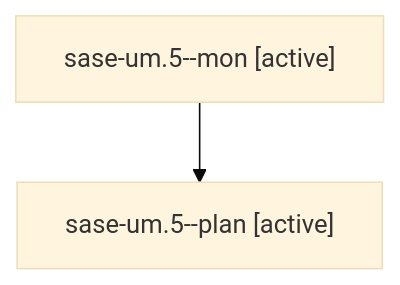
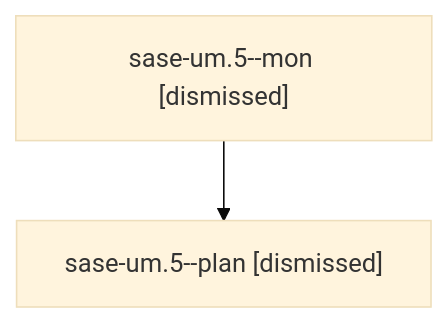
One commit to sase-org/sase--agents changed the diagram in sessions/bbugyi200.athena.sase-um.5.md. Above: the diagram before and after it, drawn with Mermaid (base theme). The commit also changed other lines of this file and 240 other files, not shown here.

````diff
--- a/sessions/bbugyi200.athena.sase-um.5.md
+++ b/sessions/bbugyi200.athena.sase-um.5.md
@@ -9,6 +9,6 @@
 ```mermaid
 flowchart TD
-  n0["sase-um.5--mon [active]"]
-  n1["sase-um.5--plan [active]"]
+  n0["sase-um.5--mon [dismissed]"]
+  n1["sase-um.5--plan [dismissed]"]
   n0 --> n1
 ```
````
